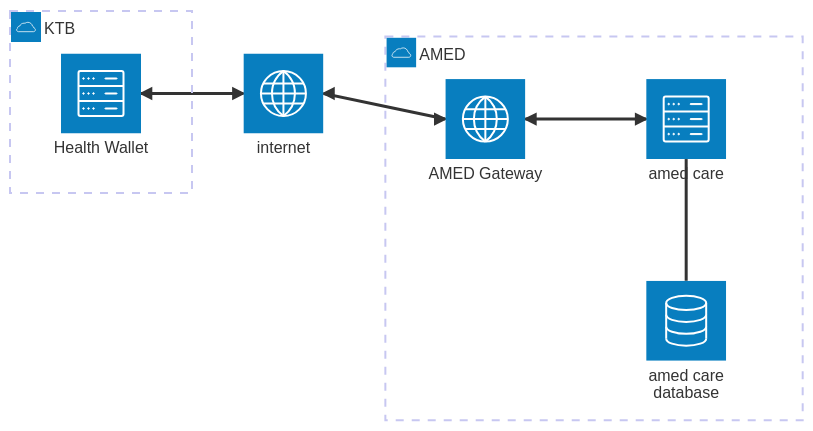
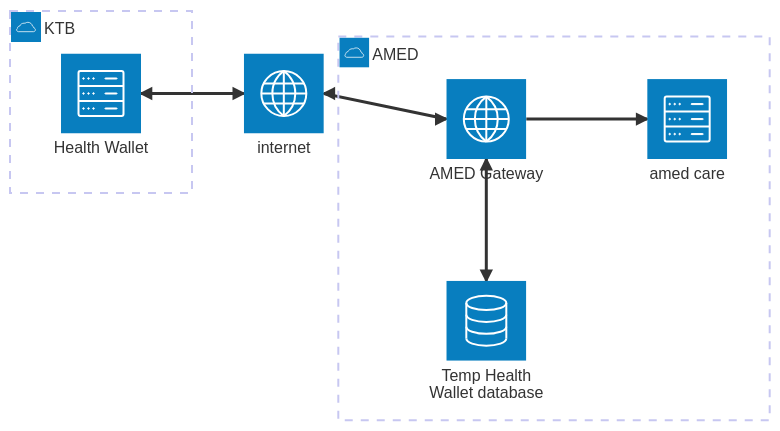
One commit to lionants02/public changed the first of 4 diagrams in ktb-amed/README.md. Above: the diagram before and after it, drawn with Mermaid. The commit also changed other lines of this file, not shown here.

Commit message:
update flow

````diff
--- a/ktb-amed/README.md
+++ b/ktb-amed/README.md
@@ -15,17 +15,17 @@
 ```mermaid
 architecture-beta
     group ktb(cloud)[KTB]
         service hw(server)[Health Wallet] in ktb
 
     group amed(cloud)[AMED]
         service amed_gw(internet)[AMED Gateway] in amed
         service amed_system(server)[amed care] in amed
-        service amed_db(database)[amed care database] in amed
-            amed_db:T -- B:amed_system
-            amed_system:L <--> R:amed_gw
+        service temp_db(database)[Temp Health Wallet database] in amed
+            temp_db:T <--> B:amed_gw
+            amed_system:L <-- R:amed_gw
 
     service gb(internet)[internet]
 
     hw:R <--> L:gb
     gb:R <--> L:amed_gw
 ```
````
